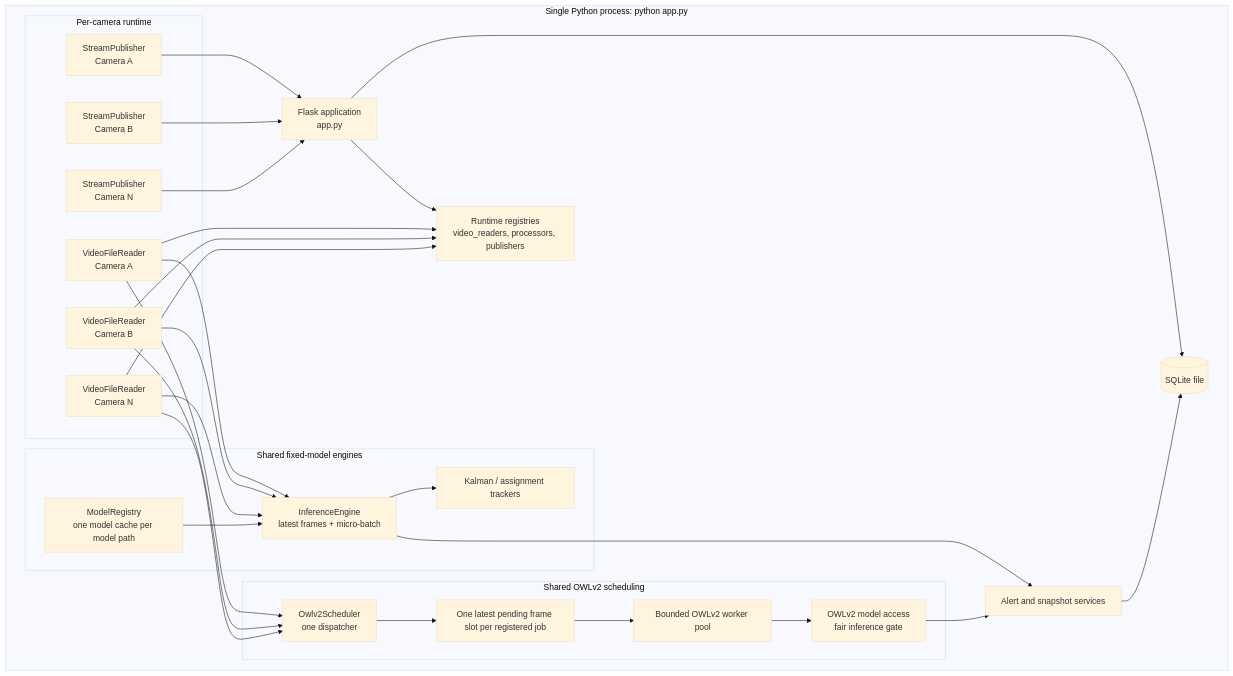
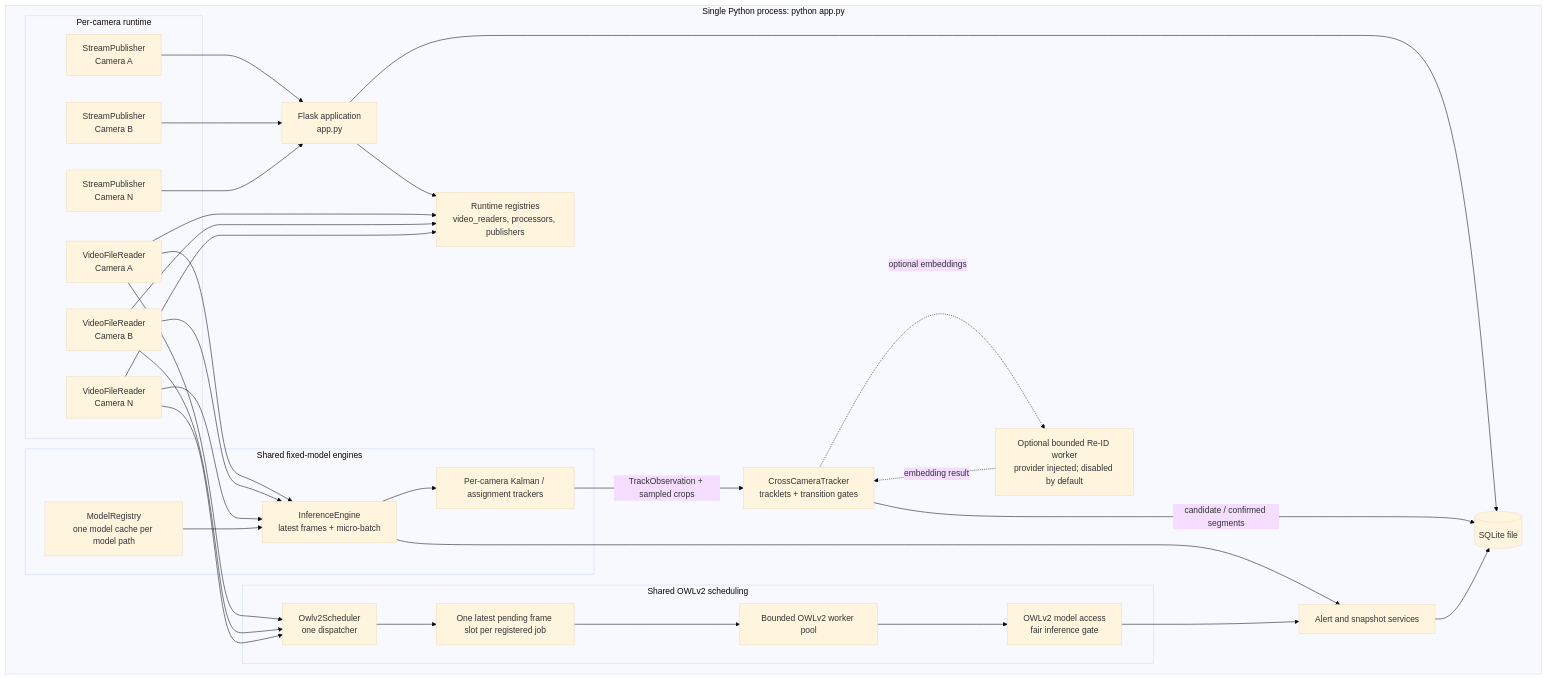
The second of 8 diagrams in ARCHITECTURE.md (katzByte007/Product-), drawn with Mermaid (base theme) before and after one commit. The commit also changed other lines of this file and 11 other files, not shown here.

Commit message:
Architectural improvements

````diff
--- a/ARCHITECTURE.md
+++ b/ARCHITECTURE.md
@@ -84,53 +84,60 @@
 ```mermaid
 flowchart TB
     subgraph Process[Single Python process: python app.py]
         Flask[Flask application\napp.py]
         Registries[Runtime registries\nvideo_readers, processors, publishers]
         DB[(SQLite file)]
 
         subgraph Cameras[Per-camera runtime]
             Reader1[VideoFileReader\nCamera A]
             Reader2[VideoFileReader\nCamera B]
             ReaderN[VideoFileReader\nCamera N]
             Pub1[StreamPublisher\nCamera A]
             Pub2[StreamPublisher\nCamera B]
             PubN[StreamPublisher\nCamera N]
         end
 
         subgraph YOLO[Shared fixed-model engines]
             Registry[ModelRegistry\none model cache per model path]
             Engine[InferenceEngine\nlatest frames + micro-batch]
-            Trackers[Kalman / assignment trackers]
+            Trackers[Per-camera Kalman / assignment trackers]
         end
+
+        CrossCamera[CrossCameraTracker\ntracklets + transition gates]
+        ReID[Optional bounded Re-ID worker\nprovider injected; disabled by default]
 
         subgraph VLM[Shared OWLv2 scheduling]
             Dispatch[Owlv2Scheduler\none dispatcher]
             Slots[One latest pending frame slot per registered job]
             Workers[Bounded OWLv2 worker pool]
             Model[OWLv2 model access\nfair inference gate]
         end
 
         Alerts[Alert and snapshot services]
     end
 
     Flask --> Registries
     Flask --> DB
     Reader1 --> Registries
     Reader2 --> Registries
     ReaderN --> Registries
     Reader1 --> Dispatch
     Reader2 --> Dispatch
     ReaderN --> Dispatch
     Dispatch --> Slots --> Workers --> Model
     Reader1 --> Engine
     Reader2 --> Engine
     ReaderN --> Engine
     Registry --> Engine
     Engine --> Trackers
+    Trackers -->|TrackObservation + sampled crops| CrossCamera
+    CrossCamera -. optional embeddings .-> ReID
+    ReID -. embedding result .-> CrossCamera
+    CrossCamera -->|candidate / confirmed segments| DB
     Engine --> Alerts
     Model --> Alerts
     Pub1 --> Flask
     Pub2 --> Flask
     PubN --> Flask
     Alerts --> DB
 ```
````
